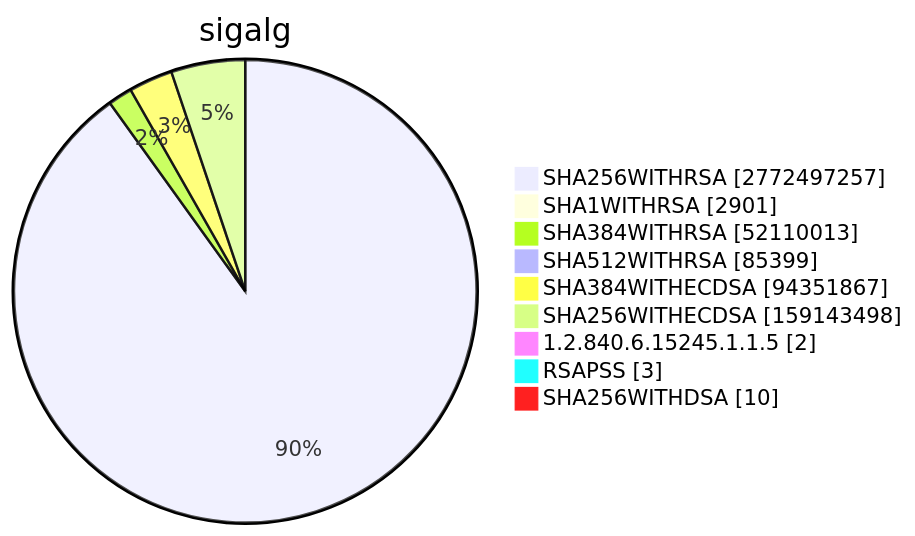
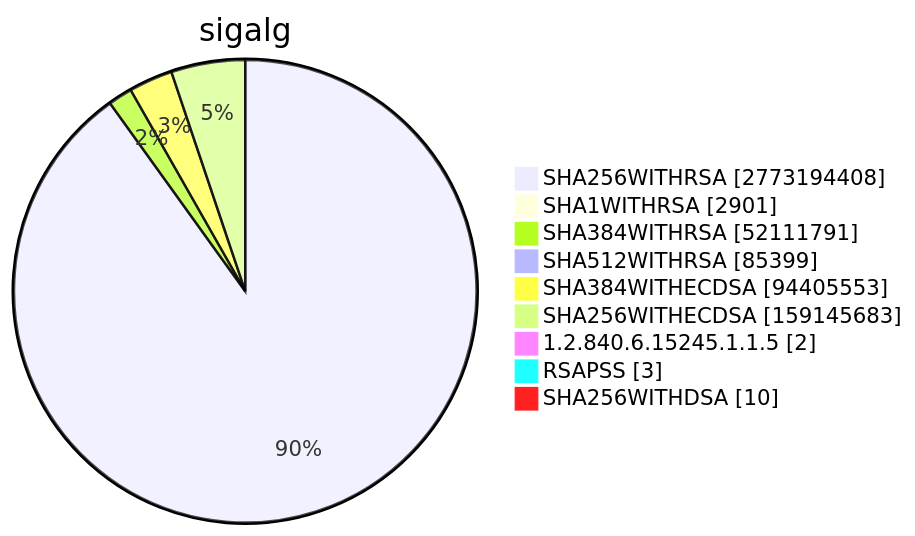
One commit to christiankrug/ctmonitor_visualization changed diagram 15 of 15 in TOTAL/README.md. Above: the diagram before and after it, drawn with Mermaid. The commit also changed other lines of this file, not shown here.

````diff
--- a/TOTAL/README.md
+++ b/TOTAL/README.md
@@ -6205,13 +6205,13 @@
 ```mermaid
 pie showData
 title sigalg
-"SHA256WITHRSA" :2772497257
+"SHA256WITHRSA" :2773194408
 "SHA1WITHRSA" :2901
-"SHA384WITHRSA" :52110013
+"SHA384WITHRSA" :52111791
 "SHA512WITHRSA" :85399
-"SHA384WITHECDSA" :94351867
-"SHA256WITHECDSA" :159143498
+"SHA384WITHECDSA" :94405553
+"SHA256WITHECDSA" :159145683
 "1.2.840.6.15245.1.1.5" :2
 "RSAPSS" :3
 "SHA256WITHDSA" :10
 ```
````
